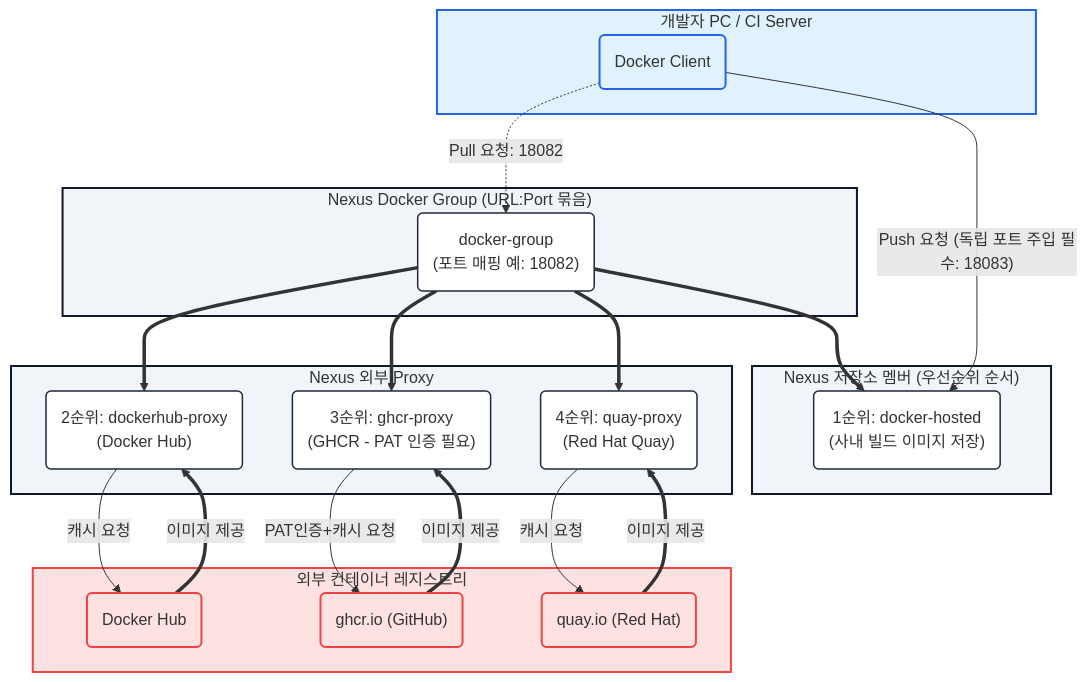
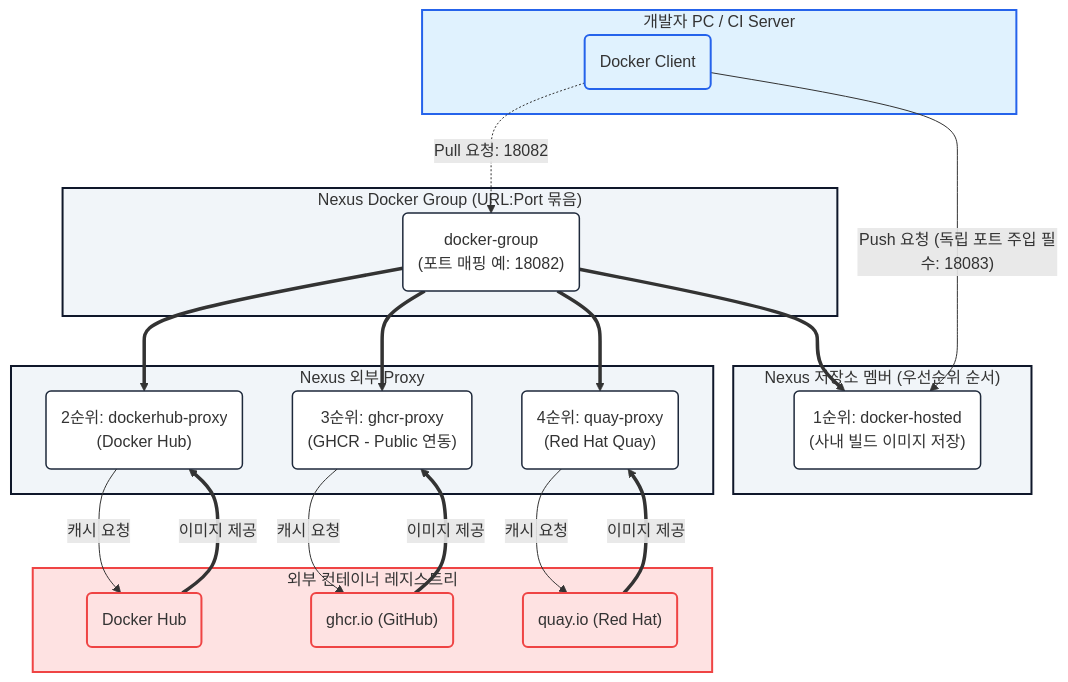
The first of 2 diagrams in lecture3/Readme.md (oscka/nexus-oss-lecture), drawn with Mermaid before and after one commit. The commit also changed other lines of this file, not shown here.

````diff
--- a/lecture3/Readme.md
+++ b/lecture3/Readme.md
@@ -24,53 +24,53 @@
 ```mermaid
 graph TD
     subgraph Client ["개발자 PC / CI Server"]
         DKC("Docker Client")
     end
 
     subgraph NexusGroup ["Nexus Docker Group (URL:Port 묶음)"]
         GPR_1("docker-group<br/>(포트 매핑 예: 18082)")
     end
 
     subgraph NexusMembers ["Nexus 저장소 멤버 (우선순위 순서)"]
         HPR_1("1순위: docker-hosted<br/>(사내 빌드 이미지 저장)")
     end
 
     subgraph NexusProxies ["Nexus 외부 Proxy"]
         PPR_1("2순위: dockerhub-proxy<br/>(Docker Hub)")
-        PPR_2("3순위: ghcr-proxy<br/>(GHCR - PAT 인증 필요)")
+        PPR_2("3순위: ghcr-proxy<br/>(GHCR - Public 연동)")
         PPR_3("4순위: quay-proxy<br/>(Red Hat Quay)")
     end
 
     subgraph ExtReg ["외부 컨테이너 레지스트리"]
         EXT_D("Docker Hub")
         EXT_G("ghcr.io (GitHub)")
         EXT_Q("quay.io (Red Hat)")
     end
 
     DKC -. Pull 요청: 18082 .-> GPR_1
     GPR_1 ==> HPR_1
     GPR_1 ==> PPR_1
     GPR_1 ==> PPR_2
     GPR_1 ==> PPR_3
 
     PPR_1 -- 캐시 요청 --> EXT_D
     EXT_D == 이미지 제공 ==> PPR_1
     
-    PPR_2 -- PAT인증+캐시 요청 --> EXT_G
+    PPR_2 -- 캐시 요청 --> EXT_G
     EXT_G == 이미지 제공 ==> PPR_2
 
     PPR_3 -- 캐시 요청 --> EXT_Q
     EXT_Q == 이미지 제공 ==> PPR_3
 
     DKC -- Push 요청 (독립 포트 주입 필수: 18083) --> HPR_1
 
     classDef client fill:#e0f2fe,stroke:#2563eb,stroke-width:2px;
     classDef nexus fill:#f1f5f9,stroke:#0f172a,stroke-width:2px;
     classDef members fill:#fff,stroke:#1e293b,stroke-width:1.5px;
     classDef ext fill:#fee2e2,stroke:#ef4444,stroke-width:2px;
 
     class Client,DKC client;
     class NexusGroup,NexusMembers,NexusProxies nexus;
     class GPR_1,HPR_1,PPR_1,PPR_2,PPR_3 members;
     class ExtReg,EXT_D,EXT_G,EXT_Q ext;
 ```
````
